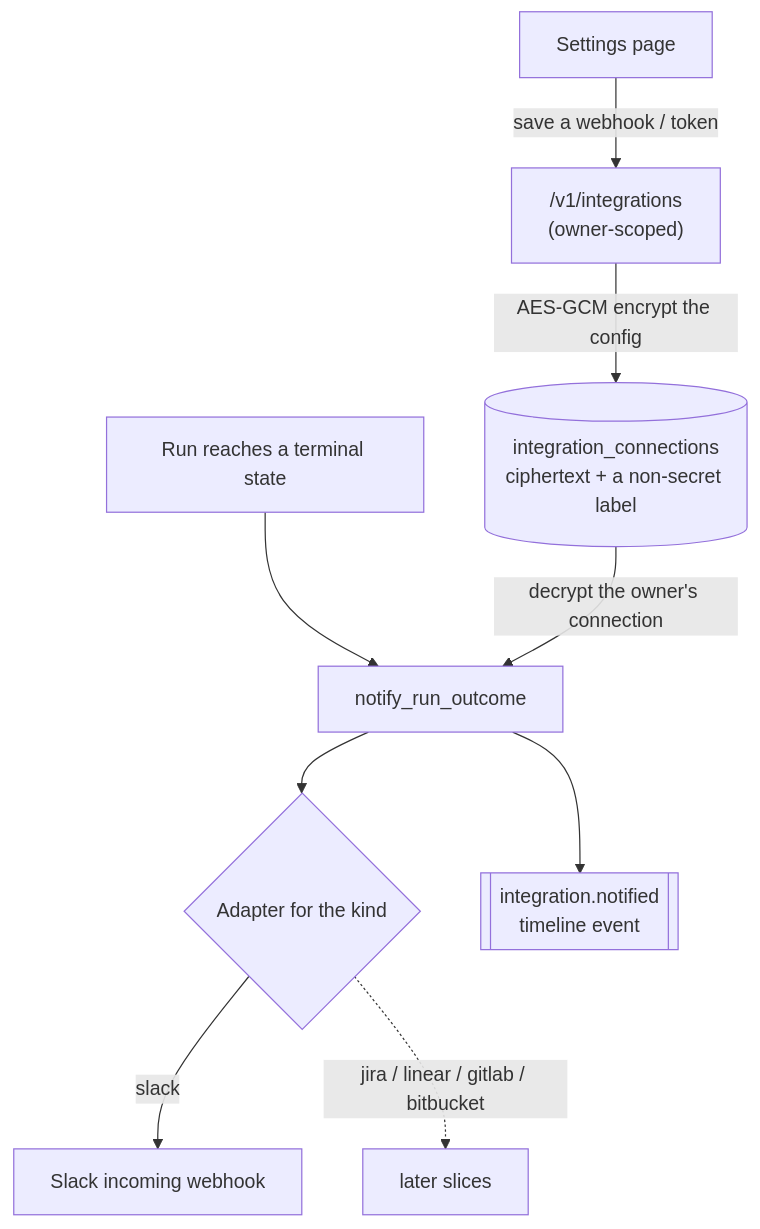
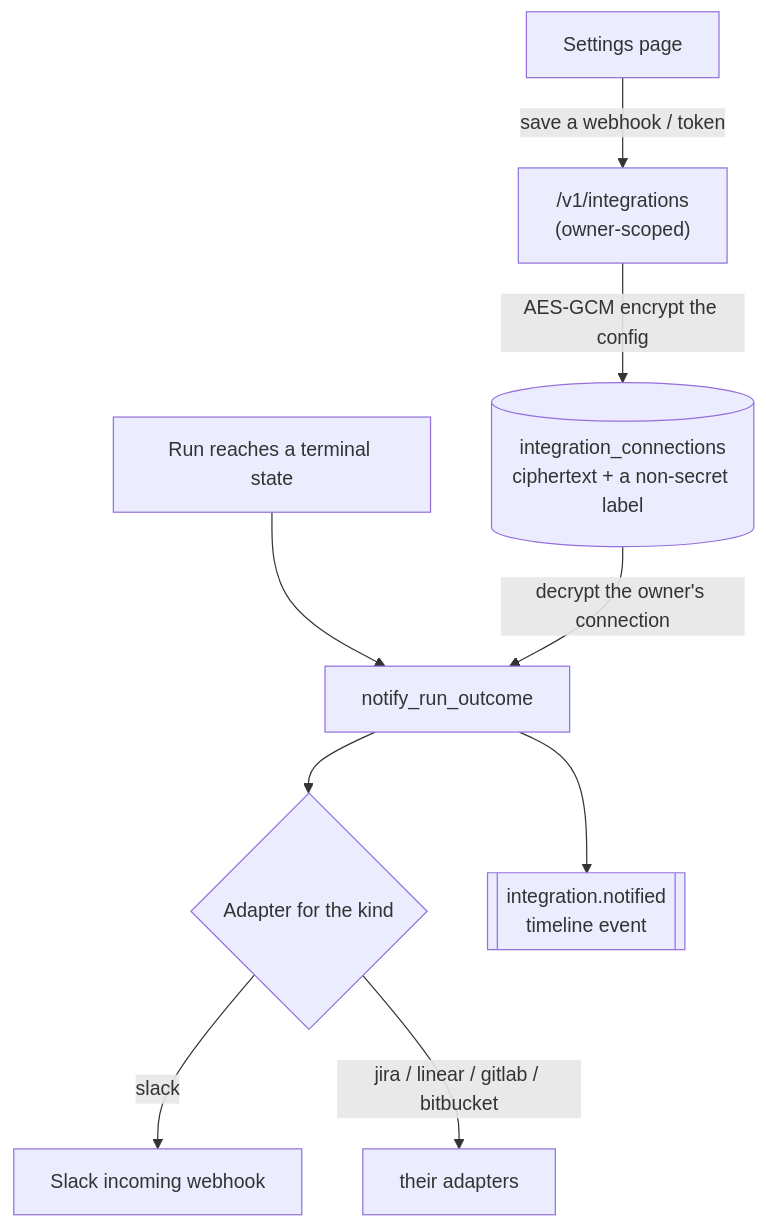
The diagram in docs/architecture/EXTERNAL_INTEGRATIONS.md (aayushraj1425/automated-software-engineering-team), drawn with Mermaid before and after one commit. The commit also changed other lines of this file and 14 other files, not shown here.

````diff
--- a/docs/architecture/EXTERNAL_INTEGRATIONS.md
+++ b/docs/architecture/EXTERNAL_INTEGRATIONS.md
@@ -18,11 +18,11 @@
 ```mermaid
 flowchart TD
     S[Settings page] -->|save a webhook / token| API["/v1/integrations<br/>(owner-scoped)"]
     API -->|AES-GCM encrypt the config| DB[(integration_connections<br/>ciphertext + a non-secret label)]
     R[Run reaches a terminal state] --> N[notify_run_outcome]
     DB -->|decrypt the owner's connection| N
     N --> AD{Adapter for the kind}
     AD -->|slack| SL[Slack incoming webhook]
-    AD -.->|jira / linear / gitlab / bitbucket| LATER[later slices]
+    AD -->|jira / linear / gitlab / bitbucket| ADP[their adapters]
     N --> EV[["integration.notified<br/>timeline event"]]
 ```
````
